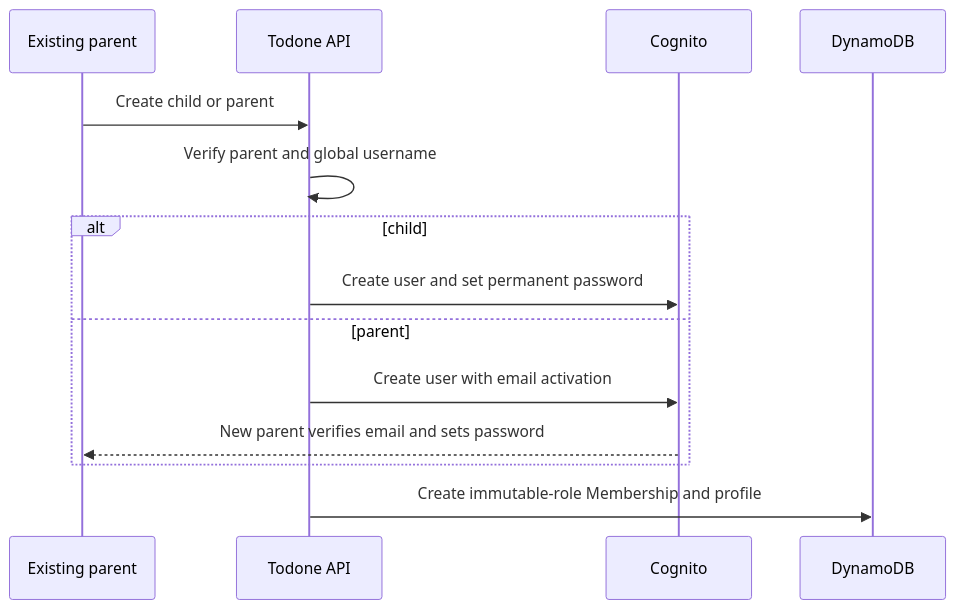
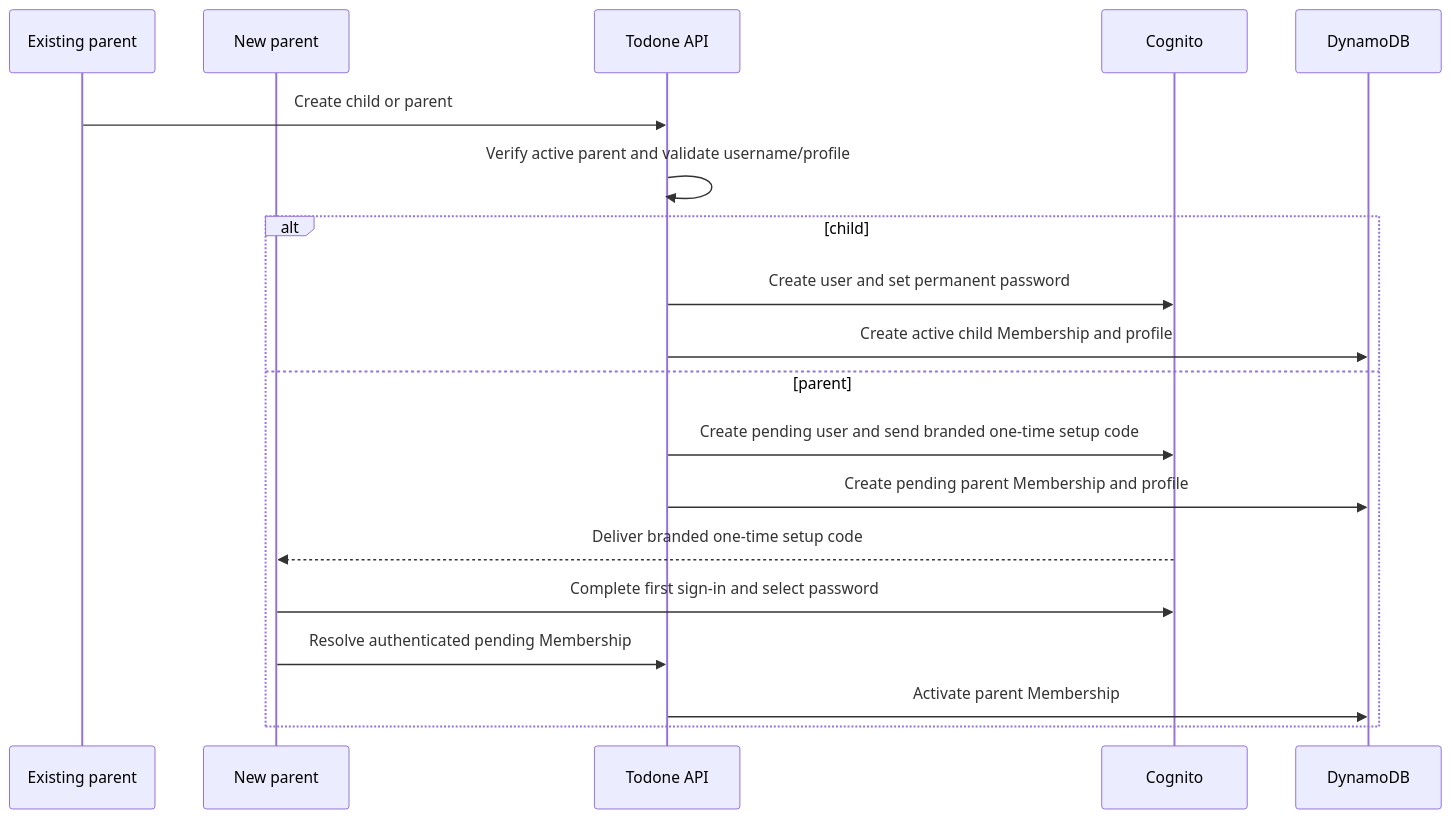
The diagram in openspec/changes/manage-family-accounts/design.md (joew-ai/todone), drawn with Mermaid before and after one commit. The commit also changed other lines of this file and 8 other files, not shown here.

````diff
--- a/openspec/changes/manage-family-accounts/design.md
+++ b/openspec/changes/manage-family-accounts/design.md
@@ -13,16 +13,21 @@
 ```mermaid
 sequenceDiagram
     participant P as Existing parent
+    participant N as New parent
     participant A as Todone API
     participant C as Cognito
     participant D as DynamoDB
     P->>A: Create child or parent
-    A->>A: Verify parent and global username
+    A->>A: Verify active parent and validate username/profile
     alt child
         A->>C: Create user and set permanent password
+        A->>D: Create active child Membership and profile
     else parent
-        A->>C: Create user with email activation
-        C-->>P: New parent verifies email and sets password
+        A->>C: Create pending user and send branded one-time setup code
+        A->>D: Create pending parent Membership and profile
+        C-->>N: Deliver branded one-time setup code
+        N->>C: Complete first sign-in and select password
+        N->>A: Resolve authenticated pending Membership
+        A->>D: Activate parent Membership
     end
-    A->>D: Create immutable-role Membership and profile
 ```
````
